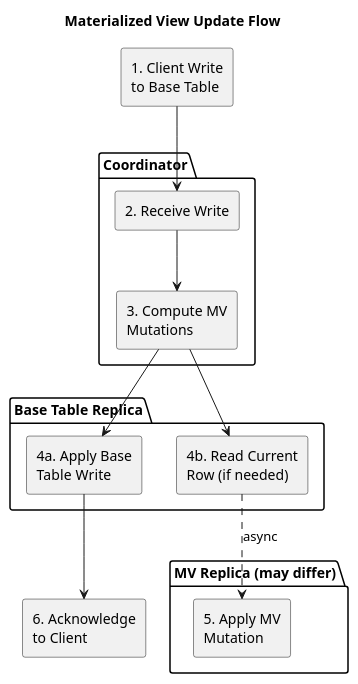
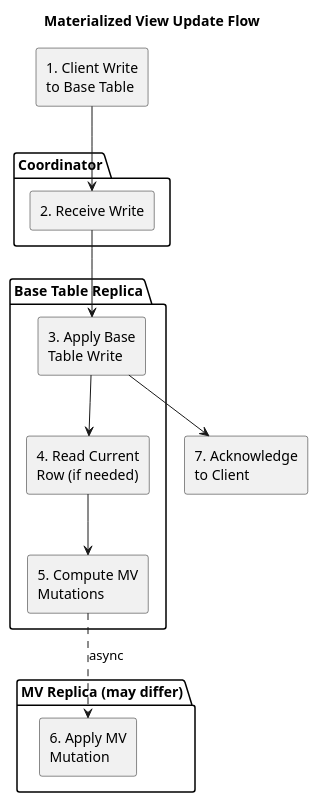
Before and after one commit to axonops/documentation: the second of 2 diagrams in docs/data-platforms/cassandra/architecture/storage-engine/materialized-views.md, drawn with PlantUML. The commit also changed other lines of this file and 262 other files, not shown here.

````diff
--- a/docs/data-platforms/cassandra/architecture/storage-engine/materialized-views.md
+++ b/docs/data-platforms/cassandra/architecture/storage-engine/materialized-views.md
@@ -86,32 +86,32 @@
 ```plantuml
 @startuml
 skinparam backgroundColor transparent
 title Materialized View Update Flow
 
 rectangle "1. Client Write\nto Base Table" as write
 
 package "Coordinator" {
     rectangle "2. Receive Write" as receive
-    rectangle "3. Compute MV\nMutations" as compute
 }
 
 package "Base Table Replica" {
-    rectangle "4a. Apply Base\nTable Write" as base_write
-    rectangle "4b. Read Current\nRow (if needed)" as read_before
+    rectangle "3. Apply Base\nTable Write" as base_write
+    rectangle "4. Read Current\nRow (if needed)" as read_before
+    rectangle "5. Compute MV\nMutations" as compute
 }
 
 package "MV Replica (may differ)" {
-    rectangle "5. Apply MV\nMutation" as mv_write
+    rectangle "6. Apply MV\nMutation" as mv_write
 }
 
-rectangle "6. Acknowledge\nto Client" as ack
+rectangle "7. Acknowledge\nto Client" as ack
 
 write --> receive
-receive --> compute
-compute --> base_write
-compute --> read_before
-read_before ..> mv_write : async
+receive --> base_write
+base_write --> read_before
+read_before --> compute
+compute ..> mv_write : async
 base_write --> ack
 
 @enduml
 ```
````
